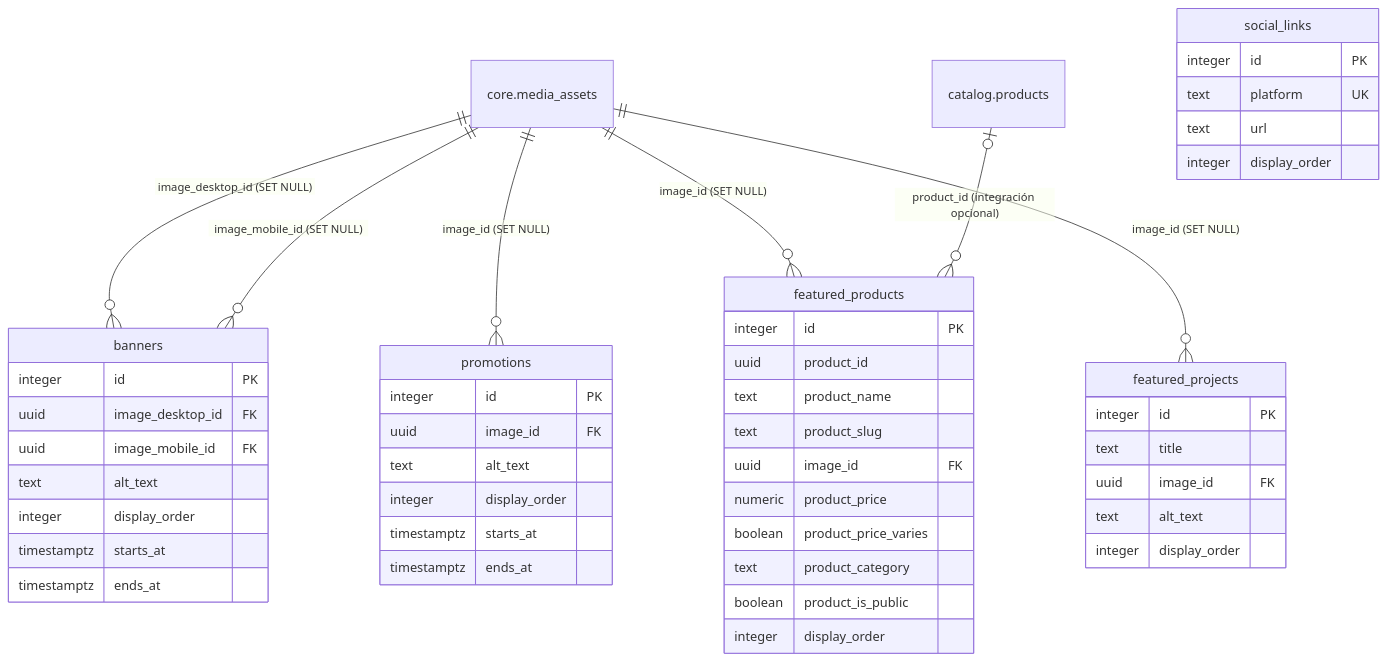
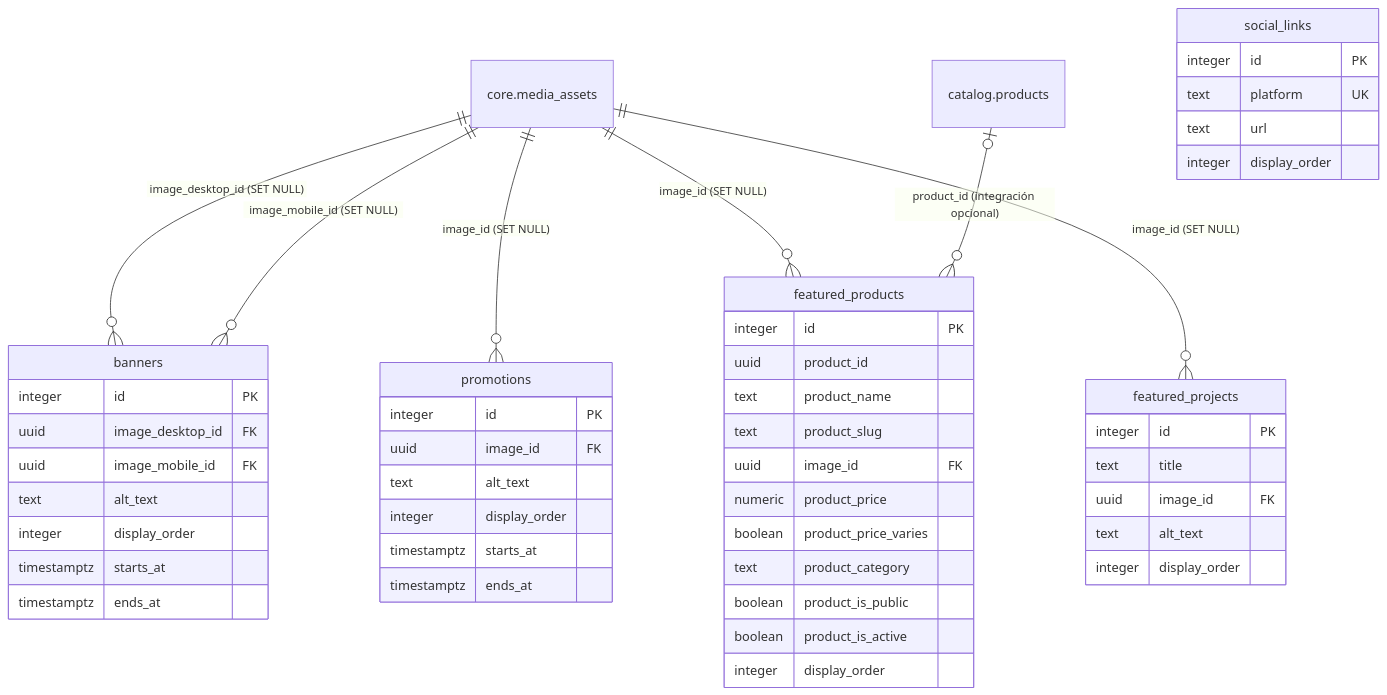
Before and after one commit to JP-777/SILLAR: the diagram in docs/modules/cms/DATOS.md, drawn with Mermaid. The commit also changed other lines of this file and 16 other files, not shown here.

````diff
--- a/docs/modules/cms/DATOS.md
+++ b/docs/modules/cms/DATOS.md
@@ -118,52 +119,53 @@
 ```mermaid
 erDiagram
     "core.media_assets" ||--o{ banners : "image_desktop_id (SET NULL)"
     "core.media_assets" ||--o{ banners : "image_mobile_id (SET NULL)"
     "core.media_assets" ||--o{ promotions : "image_id (SET NULL)"
     "core.media_assets" ||--o{ featured_products : "image_id (SET NULL)"
     "core.media_assets" ||--o{ featured_projects : "image_id (SET NULL)"
     "catalog.products" o|--o{ featured_products : "product_id (integración opcional)"
 
     banners {
         integer id PK
         uuid image_desktop_id FK
         uuid image_mobile_id FK
         text alt_text
         integer display_order
         timestamptz starts_at
         timestamptz ends_at
     }
     promotions {
         integer id PK
         uuid image_id FK
         text alt_text
         integer display_order
         timestamptz starts_at
         timestamptz ends_at
     }
     featured_products {
         integer id PK
         uuid product_id
         text product_name
         text product_slug
         uuid image_id FK
         numeric product_price
         boolean product_price_varies
         text product_category
         boolean product_is_public
+        boolean product_is_active
         integer display_order
     }
     featured_projects {
         integer id PK
         text title
         uuid image_id FK
         text alt_text
         integer display_order
     }
     social_links {
         integer id PK
         text platform UK
         text url
         integer display_order
     }
 ```
````
